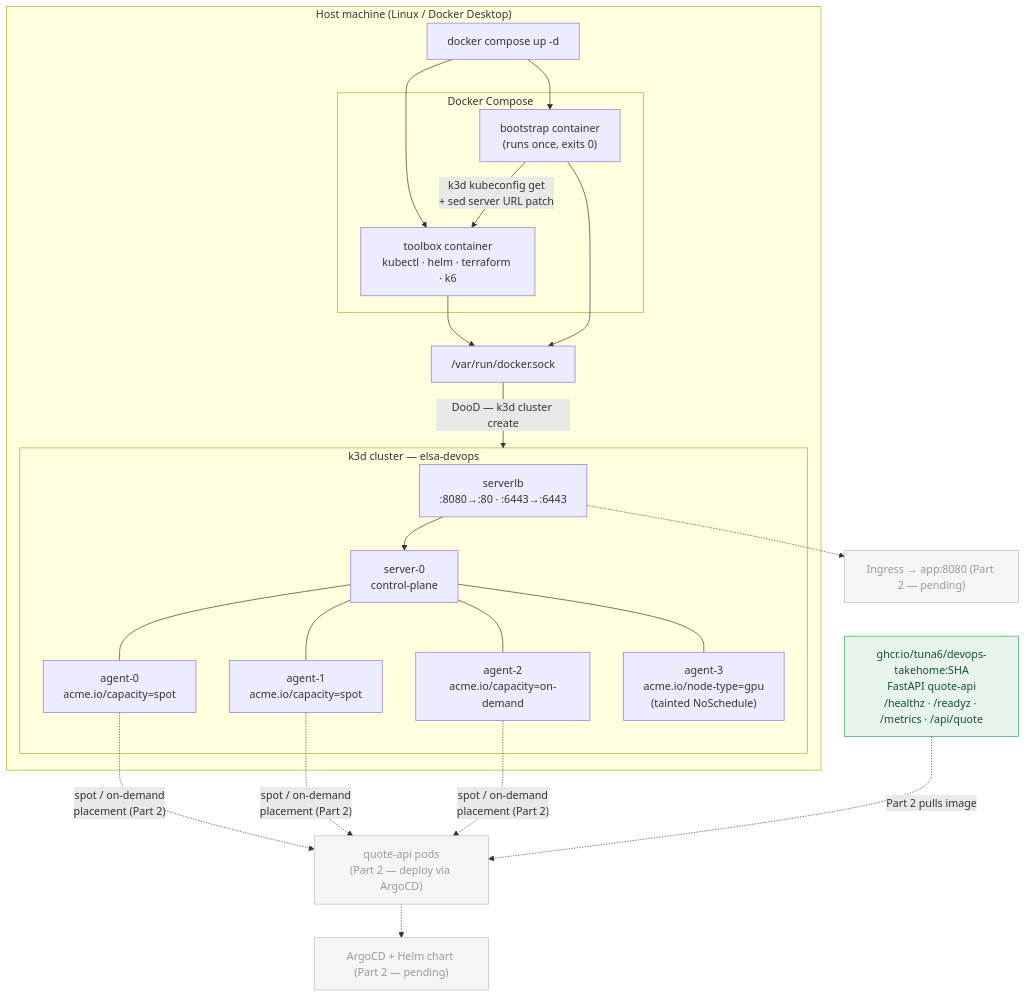
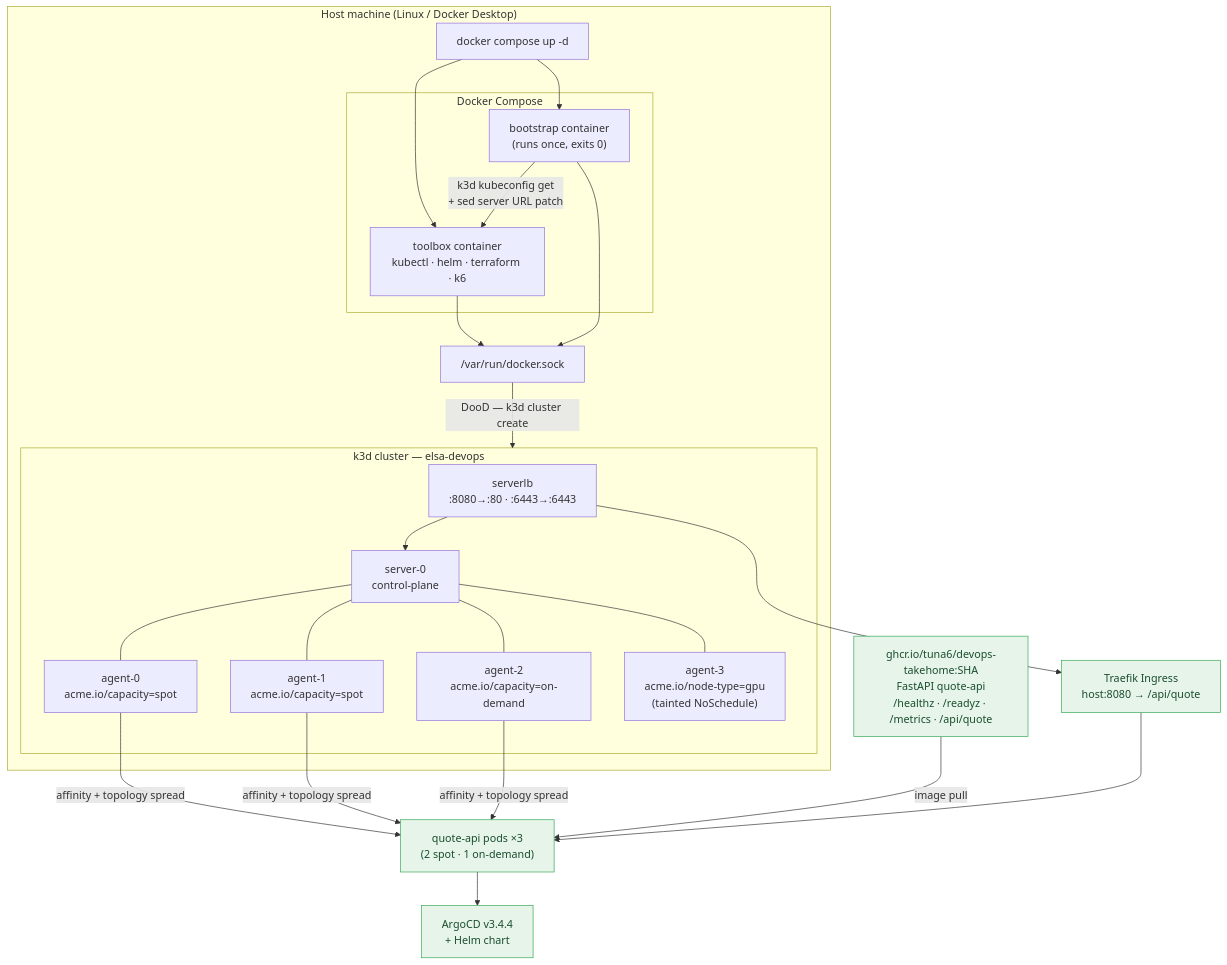
One commit to tuna6/devops-takehome changed the diagram in README.md. Above: the diagram before and after it, drawn with Mermaid. The commit also changed other lines of this file and 5 other files, not shown here.

````diff
--- a/README.md
+++ b/README.md
@@ -17,41 +17,41 @@
 ```mermaid
 flowchart TD
     subgraph Host["Host machine (Linux / Docker Desktop)"]
         DC["docker compose up -d"]
 
         subgraph Compose["Docker Compose"]
             TB["toolbox container\nkubectl · helm · terraform · k6"]
             BS["bootstrap container\n(runs once, exits 0)"]
         end
 
         DS["/var/run/docker.sock"]
 
         subgraph K3D["k3d cluster — elsa-devops"]
             LB["serverlb\n:8080→:80 · :6443→:6443"]
             S0["server-0\ncontrol-plane"]
             A0["agent-0\nacme.io/capacity=spot"]
             A1["agent-1\nacme.io/capacity=spot"]
             A2["agent-2\nacme.io/capacity=on-demand"]
             A3["agent-3\nacme.io/node-type=gpu\n(tainted NoSchedule)"]
         end
     end
 
     DC --> TB
     DC --> BS
     TB & BS --> DS
     DS -->|"DooD — k3d cluster create"| K3D
     BS -->|"k3d kubeconfig get\n+ sed server URL patch"| TB
     LB --> S0
     S0 --- A0 & A1 & A2 & A3
 
-    classDef pending fill:#f5f5f5,stroke:#bbb,color:#999
     classDef built fill:#e6f4ea,stroke:#34a853,color:#1a4d2e
     GHCR["ghcr.io/tuna6/devops-takehome:SHA\nFastAPI quote-api\n/healthz · /readyz · /metrics · /api/quote"]:::built
-    APP["quote-api pods\n(Part 2 — deploy via ArgoCD)"]:::pending
-    ARGO["ArgoCD + Helm chart (Part 2 — pending)"]:::pending
-    INGRESS["Ingress → app:8080 (Part 2 — pending)"]:::pending
-    A0 & A1 & A2 -.->|"spot / on-demand\nplacement (Part 2)"| APP:::pending
-    APP -.-> ARGO:::pending
-    GHCR -.->|"Part 2 pulls image"| APP:::pending
-    LB -.-> INGRESS:::pending
+    ARGO["ArgoCD v3.4.4\n+ Helm chart"]:::built
+    APP["quote-api pods ×3\n(2 spot · 1 on-demand)"]:::built
+    INGRESS["Traefik Ingress\nhost:8080 → /api/quote"]:::built
+    A0 & A1 & A2 -->|"affinity + topology spread"| APP:::built
+    APP --> ARGO:::built
+    GHCR -->|"image pull"| APP:::built
+    LB --> INGRESS:::built
+    INGRESS --> APP
 ```
````
